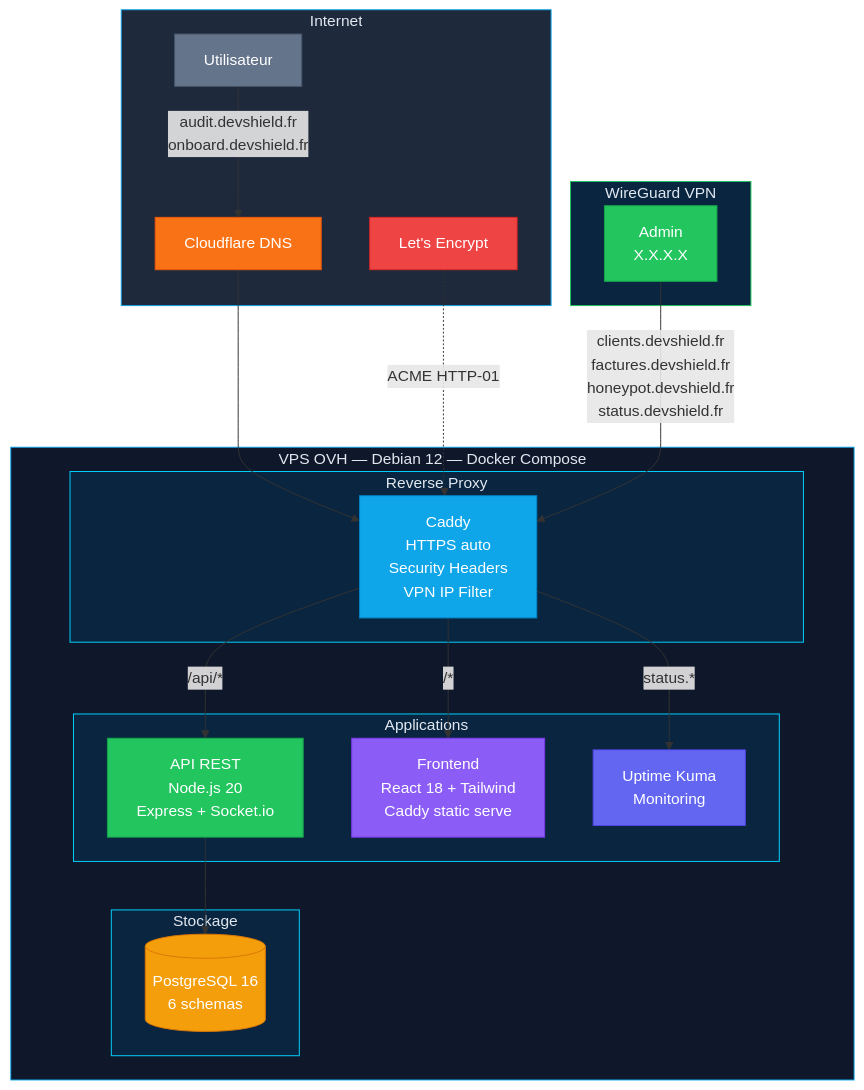
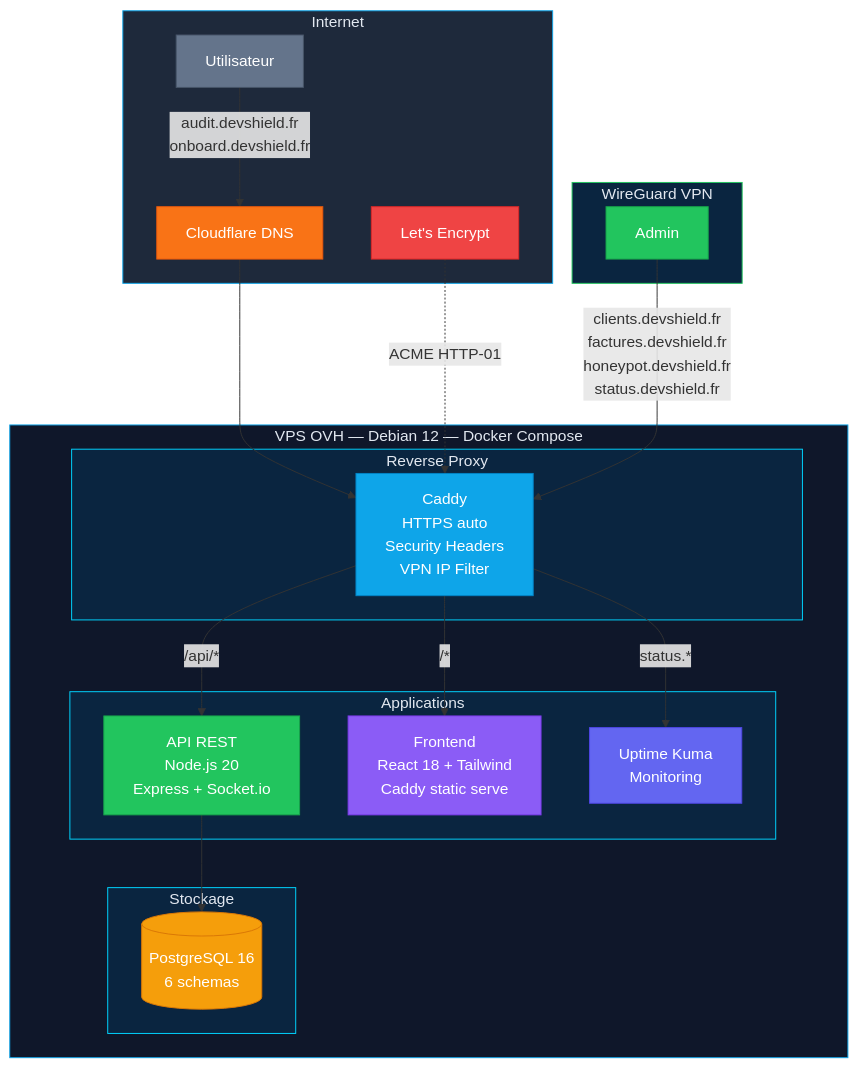
One commit to paulolvrlct/devshield-platform changed the first of 2 diagrams in README.md. Above: the diagram before and after it, drawn with Mermaid.

Commit message:
docs: remove VPN IP from architecture diagram

````diff
--- a/README.md
+++ b/README.md
@@ -63,54 +63,54 @@
 ```mermaid
 graph TB
     subgraph Internet["Internet"]
         U["Utilisateur"]
         LE["Let's Encrypt"]
         CF["Cloudflare DNS"]
     end
 
     subgraph VPS["VPS OVH — Debian 12 — Docker Compose"]
         subgraph Reverse["Reverse Proxy"]
             CADDY["Caddy\nHTTPS auto\nSecurity Headers\nVPN IP Filter"]
         end
 
         subgraph Apps["Applications"]
             API["API REST\nNode.js 20\nExpress + Socket.io"]
             FRONT["Frontend\nReact 18 + Tailwind\nCaddy static serve"]
             KUMA["Uptime Kuma\nMonitoring"]
         end
 
         subgraph Data["Stockage"]
             PG[("PostgreSQL 16\n6 schemas")]
         end
     end
 
     subgraph VPN["WireGuard VPN"]
-        ADMIN["Admin\nX.X.X.X"]
+        ADMIN["Admin"]
     end
 
     U -- "audit.devshield.fr\nonboard.devshield.fr" --> CF
     CF --> CADDY
     CADDY -- "/api/*" --> API
     CADDY -- "/*" --> FRONT
     CADDY -- "status.*" --> KUMA
     API --> PG
     LE -. "ACME HTTP-01" .-> CADDY
 
     ADMIN -- "clients.devshield.fr\nfactures.devshield.fr\nhoneypot.devshield.fr\nstatus.devshield.fr" --> CADDY
 
     style Internet fill:#1e293b,stroke:#0ea5e9,color:#e2e8f0
     style VPS fill:#0f172a,stroke:#0ea5e9,color:#e2e8f0
     style Reverse fill:#0a2540,stroke:#00d4ff,color:#e2e8f0
     style Apps fill:#0a2540,stroke:#00d4ff,color:#e2e8f0
     style Data fill:#0a2540,stroke:#00d4ff,color:#e2e8f0
     style VPN fill:#0a2540,stroke:#22c55e,color:#e2e8f0
     style CADDY fill:#0ea5e9,stroke:#0284c7,color:#fff
     style API fill:#22c55e,stroke:#16a34a,color:#fff
     style FRONT fill:#8b5cf6,stroke:#7c3aed,color:#fff
     style PG fill:#f59e0b,stroke:#d97706,color:#fff
     style KUMA fill:#6366f1,stroke:#4f46e5,color:#fff
     style ADMIN fill:#22c55e,stroke:#16a34a,color:#fff
     style U fill:#64748b,stroke:#475569,color:#fff
     style CF fill:#f97316,stroke:#ea580c,color:#fff
     style LE fill:#ef4444,stroke:#dc2626,color:#fff
 ```
````
